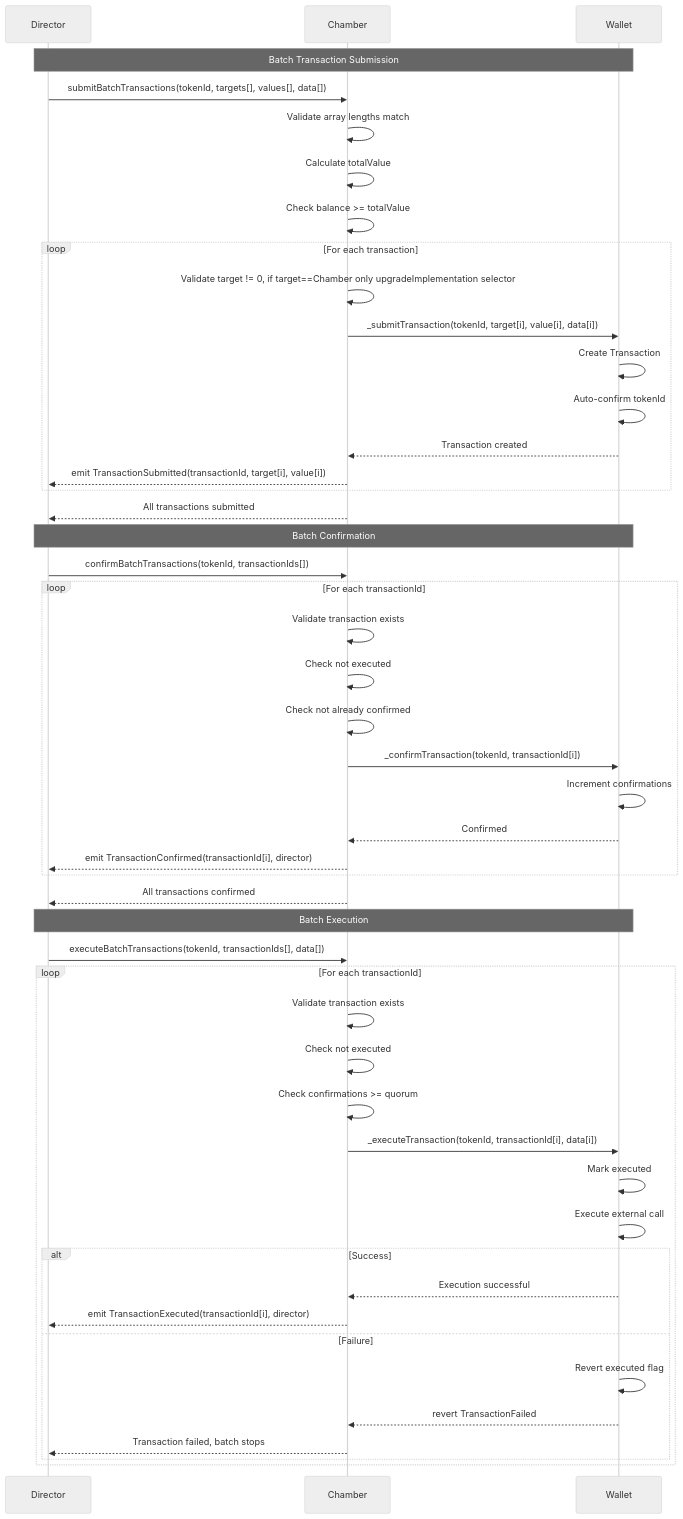
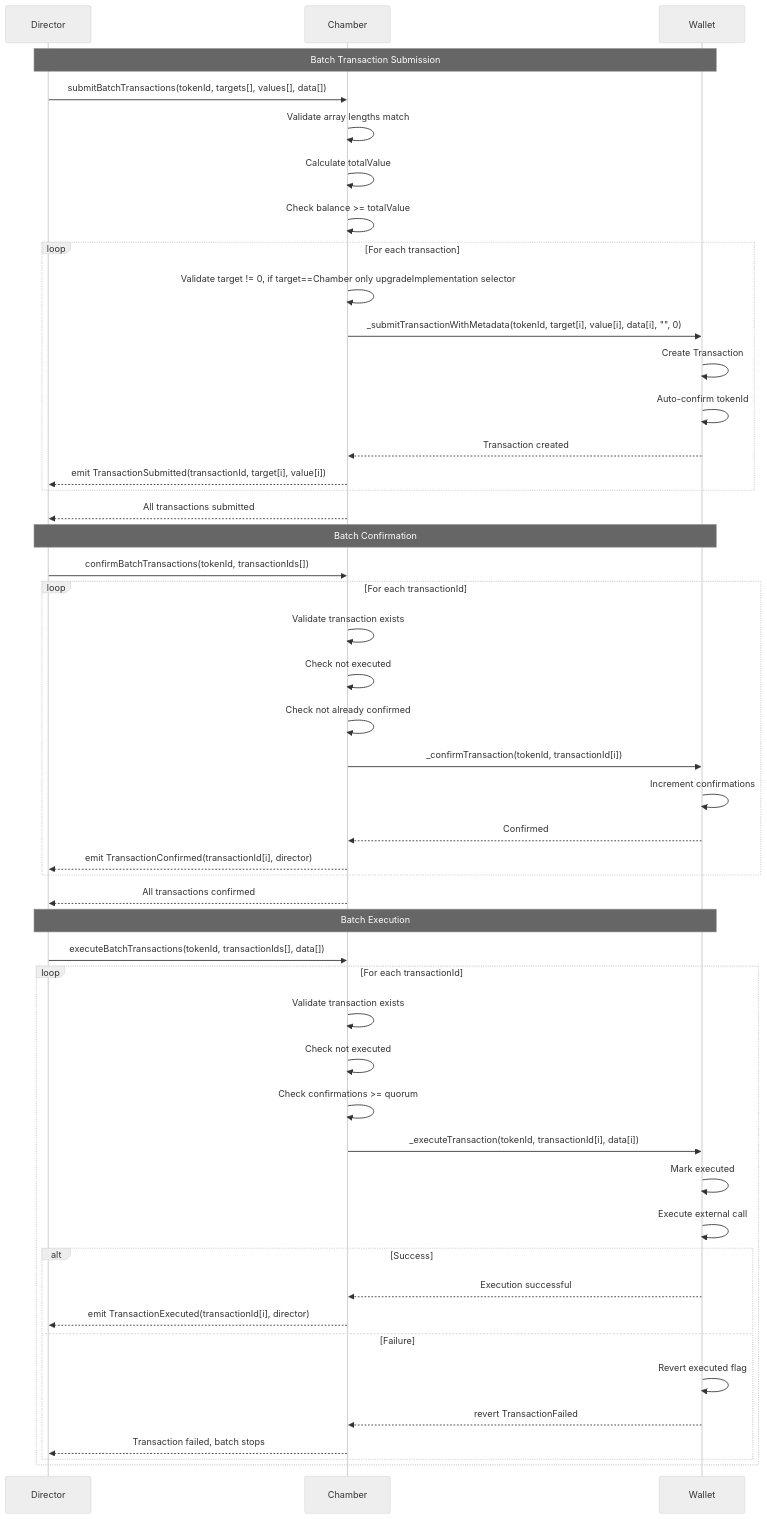
Before and after one commit to loreum-org/chamber: the tenth of 11 diagrams in app/src/docs/reference/sequence-diagrams.md, drawn with Mermaid (neutral theme). The commit also changed 5 other files, not shown here.

First line of the commit message:
App: gate submit on on-chain VERSION and verify the SubmitTransaction event

````diff
--- a/app/src/docs/reference/sequence-diagrams.md
+++ b/app/src/docs/reference/sequence-diagrams.md
@@ -569,64 +569,64 @@
 ```mermaid
 sequenceDiagram
     participant Director
     participant Chamber
     participant Wallet
 
     Note over Director,Wallet: Batch Transaction Submission
 
     Director->>Chamber: submitBatchTransactions(tokenId, targets[], values[], data[])
     
     Chamber->>Chamber: Validate array lengths match
     Chamber->>Chamber: Calculate totalValue
     Chamber->>Chamber: Check balance >= totalValue
     
     loop For each transaction
         Chamber->>Chamber: Validate target != 0, if target==Chamber only upgradeImplementation selector
-        Chamber->>Wallet: _submitTransaction(tokenId, target[i], value[i], data[i])
+        Chamber->>Wallet: _submitTransactionWithMetadata(tokenId, target[i], value[i], data[i], "", 0)
         Wallet->>Wallet: Create Transaction
         Wallet->>Wallet: Auto-confirm tokenId
         Wallet-->>Chamber: Transaction created
         Chamber-->>Director: emit TransactionSubmitted(transactionId, target[i], value[i])
     end
     
     Chamber-->>Director: All transactions submitted
 
     Note over Director,Wallet: Batch Confirmation
 
     Director->>Chamber: confirmBatchTransactions(tokenId, transactionIds[])
     
     loop For each transactionId
         Chamber->>Chamber: Validate transaction exists
         Chamber->>Chamber: Check not executed
         Chamber->>Chamber: Check not already confirmed
         Chamber->>Wallet: _confirmTransaction(tokenId, transactionId[i])
         Wallet->>Wallet: Increment confirmations
         Wallet-->>Chamber: Confirmed
         Chamber-->>Director: emit TransactionConfirmed(transactionId[i], director)
     end
     
     Chamber-->>Director: All transactions confirmed
 
     Note over Director,Wallet: Batch Execution
 
     Director->>Chamber: executeBatchTransactions(tokenId, transactionIds[], data[])
 
     loop For each transactionId
         Chamber->>Chamber: Validate transaction exists
         Chamber->>Chamber: Check not executed
         Chamber->>Chamber: Check confirmations >= quorum
 
         Chamber->>Wallet: _executeTransaction(tokenId, transactionId[i], data[i])
         Wallet->>Wallet: Mark executed
         Wallet->>Wallet: Execute external call
         
         alt Success
             Wallet-->>Chamber: Execution successful
             Chamber-->>Director: emit TransactionExecuted(transactionId[i], director)
         else Failure
             Wallet->>Wallet: Revert executed flag
             Wallet-->>Chamber: revert TransactionFailed
             Chamber-->>Director: Transaction failed, batch stops
         end
     end
 ```
````
